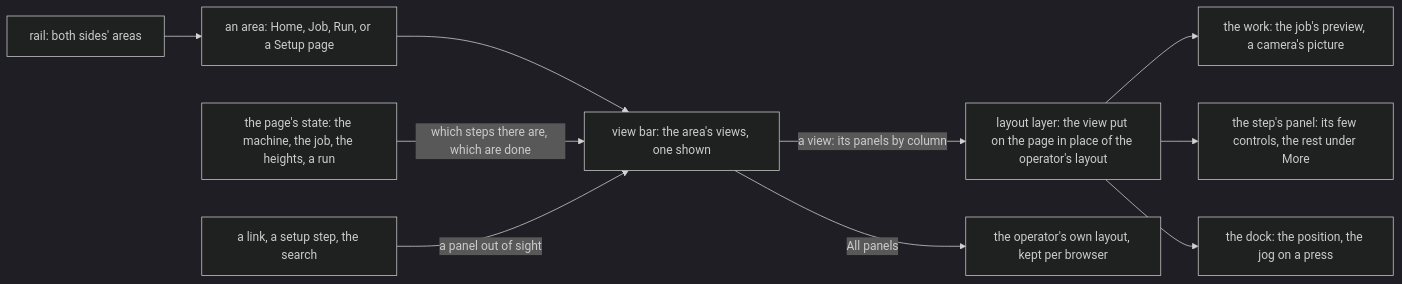
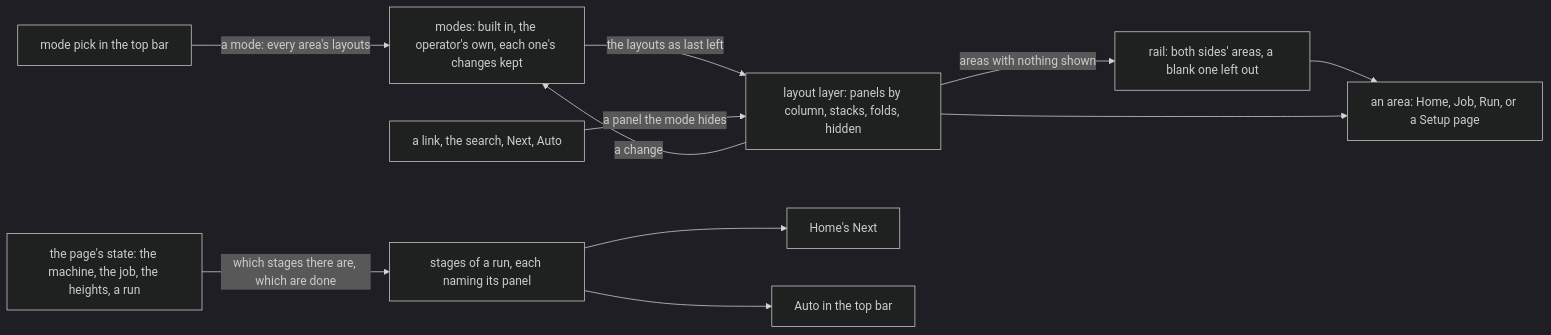
The third of 5 diagrams in docs/ARCHITECTURE.md (tmpk13/spinny-cnc), drawn with Mermaid (dark theme) before and after one commit. The commit also changed other lines of this file and 8 other files, not shown here.

First line of the commit message:
Docs: modes in place of the views, the steps' bar and the dock

````diff
--- a/docs/ARCHITECTURE.md
+++ b/docs/ARCHITECTURE.md
@@ -172,12 +173,13 @@
 ```mermaid
 flowchart LR
-    RAIL[rail: both sides' areas] --> AREA[an area: Home, Job, Run, or a Setup page]
-    AREA --> BAR[view bar: the area's views, one shown]
-    BAR -->|a view: its panels by column| LAYER[layout layer: the view put on the page in place of the operator's layout]
-    BAR -->|All panels| OWN[the operator's own layout, kept per browser]
-    STATE[the page's state: the machine, the job, the heights, a run] -->|which steps there are, which are done| BAR
-    LAYER --> WORK[the work: the job's preview, a camera's picture]
-    LAYER --> SIDE[the step's panel: its few controls, the rest under More]
-    LAYER --> DOCK[the dock: the position, the jog on a press]
-    LINK[a link, a setup step, the search] -->|a panel out of sight| BAR
+    PICK[mode pick in the top bar] -->|a mode: every area's layouts| MODES[modes: built in, the operator's own, each one's changes kept]
+    MODES -->|the layouts as last left| LAYER[layout layer: panels by column, stacks, folds, hidden]
+    LAYER -->|a change| MODES
+    LAYER -->|areas with nothing shown| RAIL[rail: both sides' areas, a blank one left out]
+    RAIL --> AREA[an area: Home, Job, Run, or a Setup page]
+    LAYER --> AREA
+    STATE[the page's state: the machine, the job, the heights, a run] -->|which stages there are, which are done| STAGES[stages of a run, each naming its panel]
+    STAGES --> NEXT[Home's Next]
+    STAGES --> AUTO[Auto in the top bar]
+    LINK[a link, the search, Next, Auto] -->|a panel the mode hides| LAYER
 ```
````
